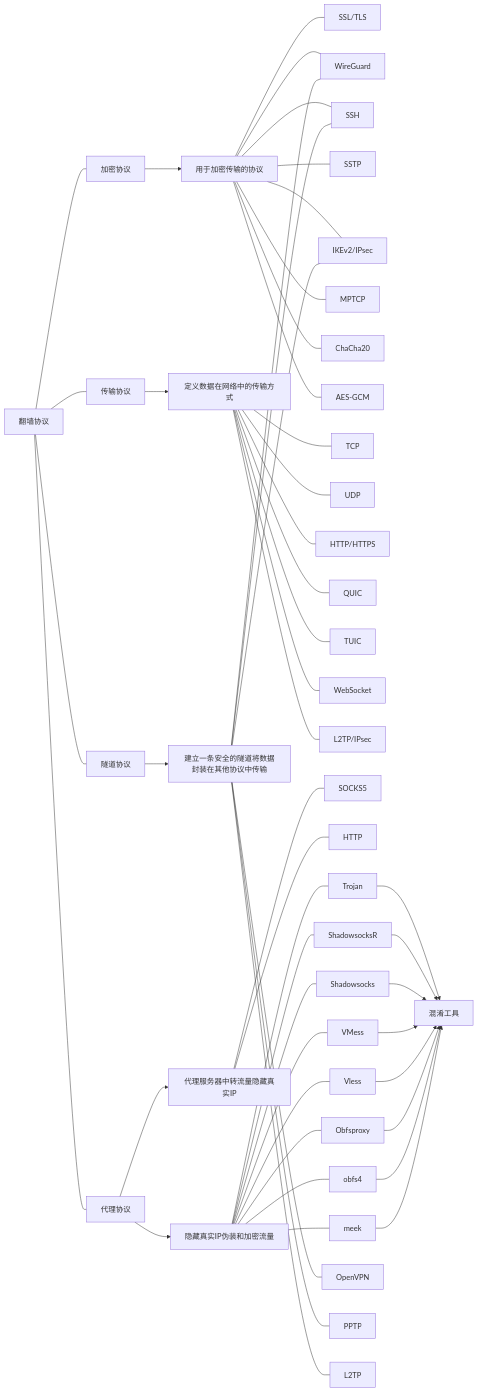
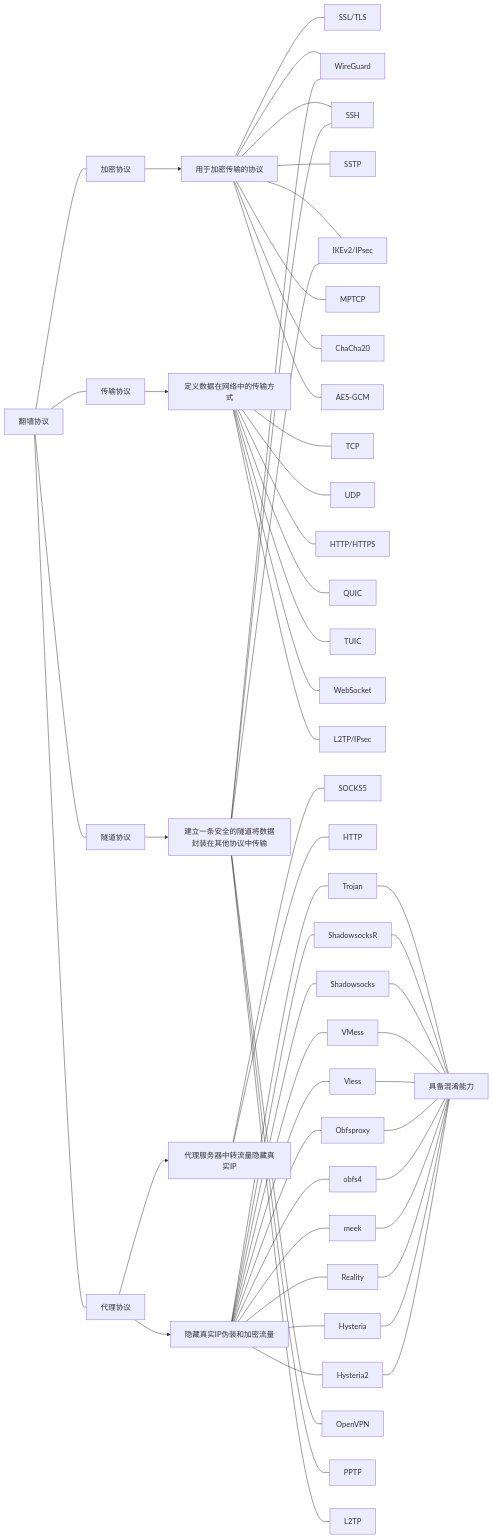
One commit to baib-web/flowershow changed the diagram in content/🛜科学上网/翻墙协议讲解.md. Above: the diagram before and after it, drawn with Mermaid.

Commit message:
Update content content/🛜科学上网/翻墙协议讲解.md

```diff
--- a/content/🛜科学上网/翻墙协议讲解.md
+++ b/content/🛜科学上网/翻墙协议讲解.md
@@ -63,23 +63,29 @@
 
 代理协议 --> 隐藏真实IP伪装和加密流量
 
-隐藏真实IP伪装和加密流量 --- Trojan --> 混淆工具
+隐藏真实IP伪装和加密流量 --- Trojan --- 具备混淆能力
 
-隐藏真实IP伪装和加密流量 --- ShadowsocksR --> 混淆工具
+隐藏真实IP伪装和加密流量 --- ShadowsocksR --- 具备混淆能力
 
-隐藏真实IP伪装和加密流量 --- Shadowsocks --> 混淆工具
+隐藏真实IP伪装和加密流量 --- Shadowsocks --- 具备混淆能力
 
-隐藏真实IP伪装和加密流量 --- VMess --> 混淆工具
+隐藏真实IP伪装和加密流量 --- VMess --- 具备混淆能力
 
-隐藏真实IP伪装和加密流量 --- Vless --> 混淆工具
+隐藏真实IP伪装和加密流量 --- Vless --- 具备混淆能力
 
-隐藏真实IP伪装和加密流量 --- Obfsproxy --> 混淆工具
+隐藏真实IP伪装和加密流量 --- Obfsproxy --- 具备混淆能力
 
-隐藏真实IP伪装和加密流量 --- obfs4 --> 混淆工具
+隐藏真实IP伪装和加密流量 --- obfs4 --- 具备混淆能力
 
-隐藏真实IP伪装和加密流量 --- meek --> 混淆工具
+隐藏真实IP伪装和加密流量 --- meek --- 具备混淆能力
 
+隐藏真实IP伪装和加密流量 --- Reality --- 具备混淆能力
+
+隐藏真实IP伪装和加密流量 --- Hysteria --- 具备混淆能力
+
+隐藏真实IP伪装和加密流量 --- Hysteria2 --- 具备混淆能力
   
+
 
 翻墙协议 --- 隧道协议
 
```
